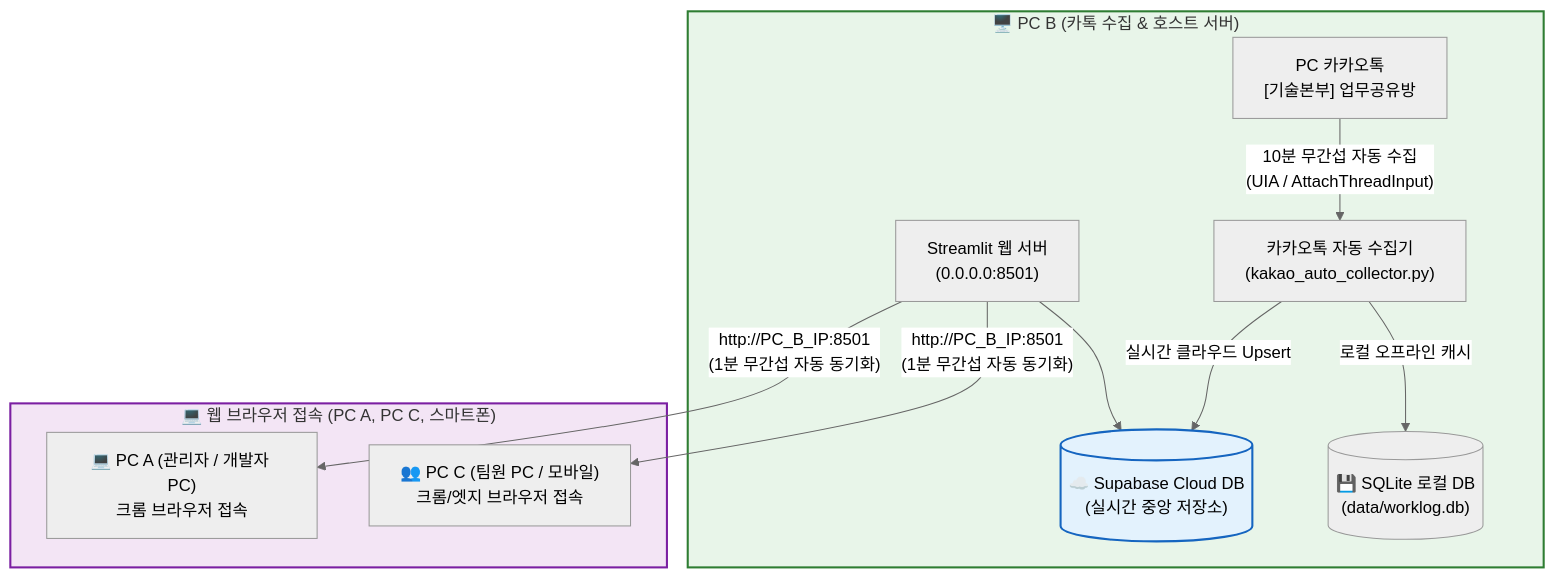
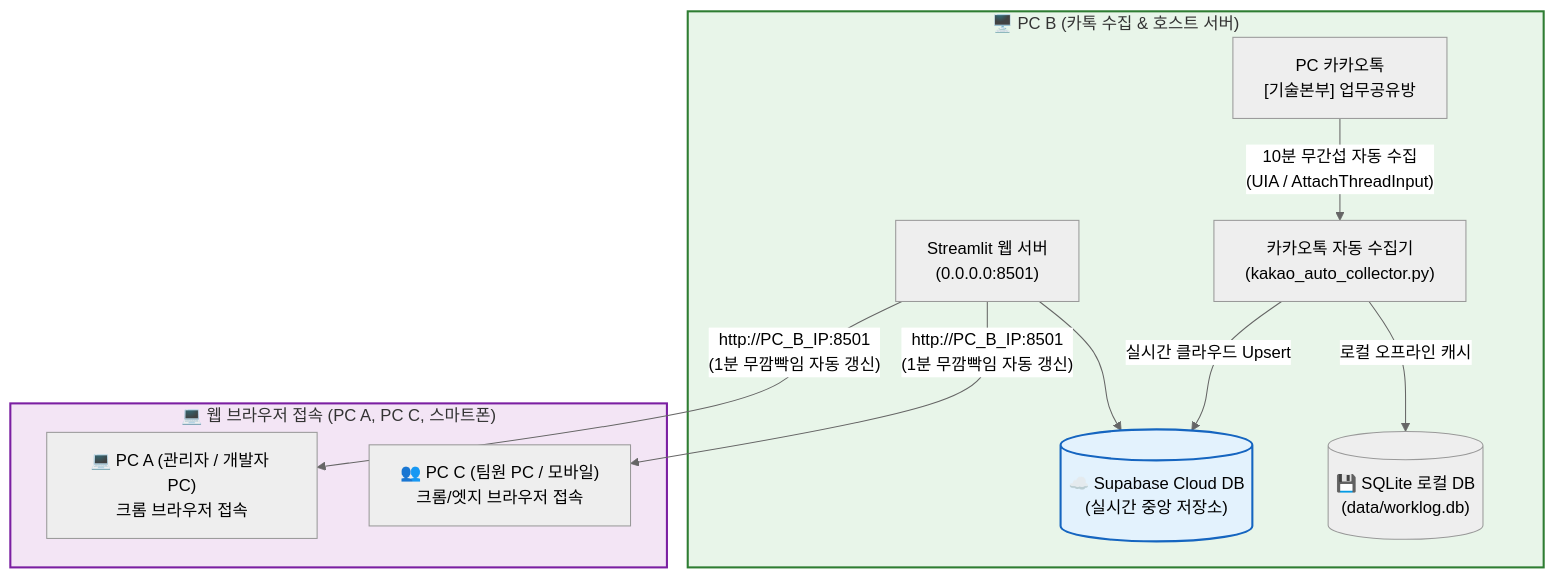
Before and after one commit to newprim82/PublicRepo: the first of 3 diagrams in README.md, drawn with Mermaid (neutral theme). The commit also changed other lines of this file and 1 other file, not shown here.

````diff
--- a/README.md
+++ b/README.md
@@ -9,21 +9,21 @@
 ```mermaid
 flowchart TD
     subgraph HostServer["🖥️ PC B (카톡 수집 & 호스트 서버)"]
         K["PC 카카오톡\n[기술본부] 업무공유방"] -->|"10분 무간섭 자동 수집\n(UIA / AttachThreadInput)"| Collector["카카오톡 자동 수집기\n(kakao_auto_collector.py)"]
         Collector -->|"실시간 클라우드 Upsert"| CloudDB[("☁️ Supabase Cloud DB\n(실시간 중앙 저장소)")]
         Collector -->|"로컬 오프라인 캐시"| LocalDB[("💾 SQLite 로컬 DB\n(data/worklog.db)")]
         Server["Streamlit 웹 서버\n(0.0.0.0:8501)"] --> CloudDB
     end
 
     subgraph Clients["💻 웹 브라우저 접속 (PC A, PC C, 스마트폰)"]
         ClientA["💻 PC A (관리자 / 개발자 PC)\n크롬 브라우저 접속"]
         ClientC["👥 PC C (팀원 PC / 모바일)\n크롬/엣지 브라우저 접속"]
     end
 
-    Server -->|"http://PC_B_IP:8501\n(1분 무간섭 자동 동기화)"| ClientA
-    Server -->|"http://PC_B_IP:8501\n(1분 무간섭 자동 동기화)"| ClientC
+    Server -->|"http://PC_B_IP:8501\n(1분 무깜빡임 자동 갱신)"| ClientA
+    Server -->|"http://PC_B_IP:8501\n(1분 무깜빡임 자동 갱신)"| ClientC
 
     style HostServer fill:#e8f5e9,stroke:#2e7d32,stroke-width:2px
     style CloudDB fill:#e3f2fd,stroke:#1565c0,stroke-width:2px
     style Clients fill:#f3e5f5,stroke:#7b1fa2,stroke-width:2px
 ```
````
